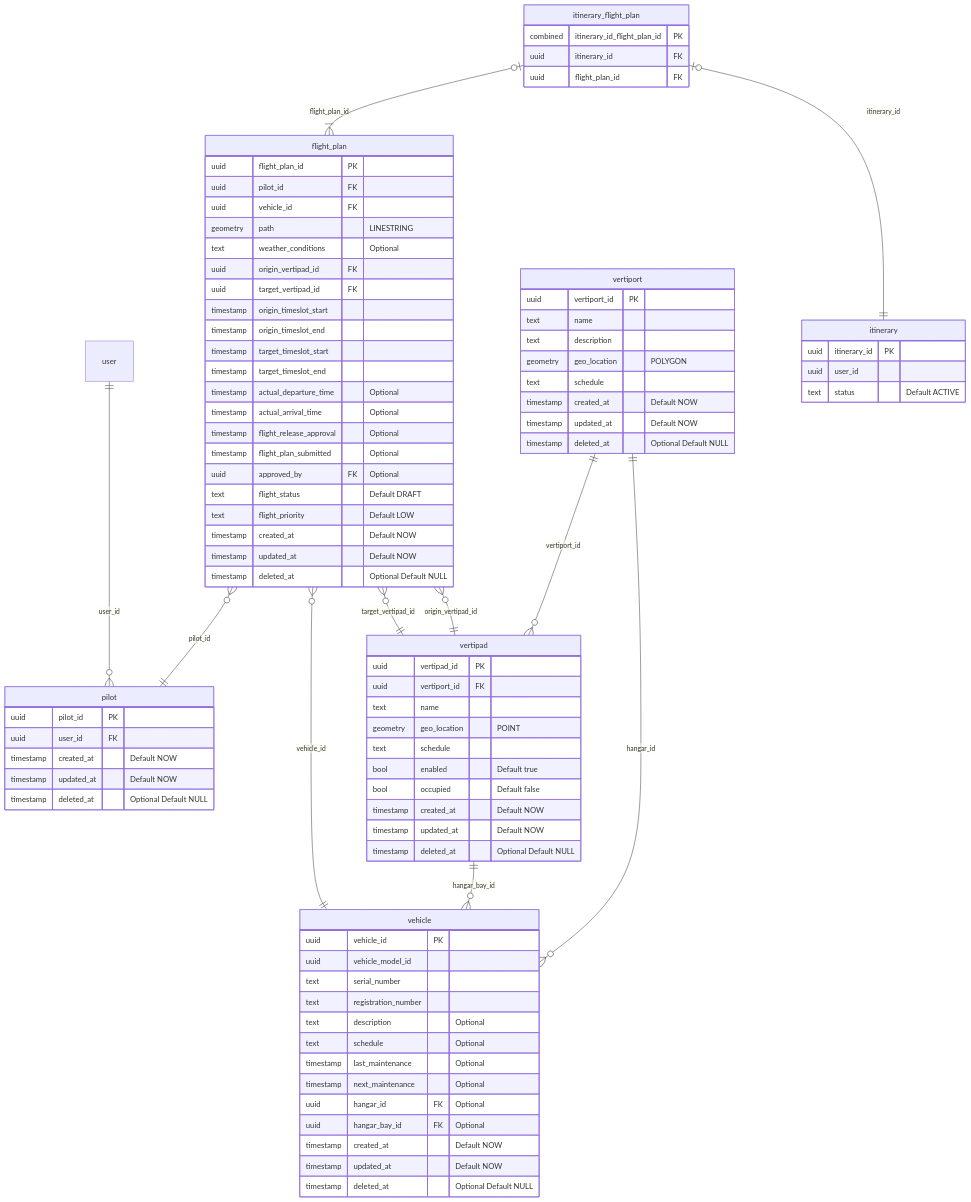
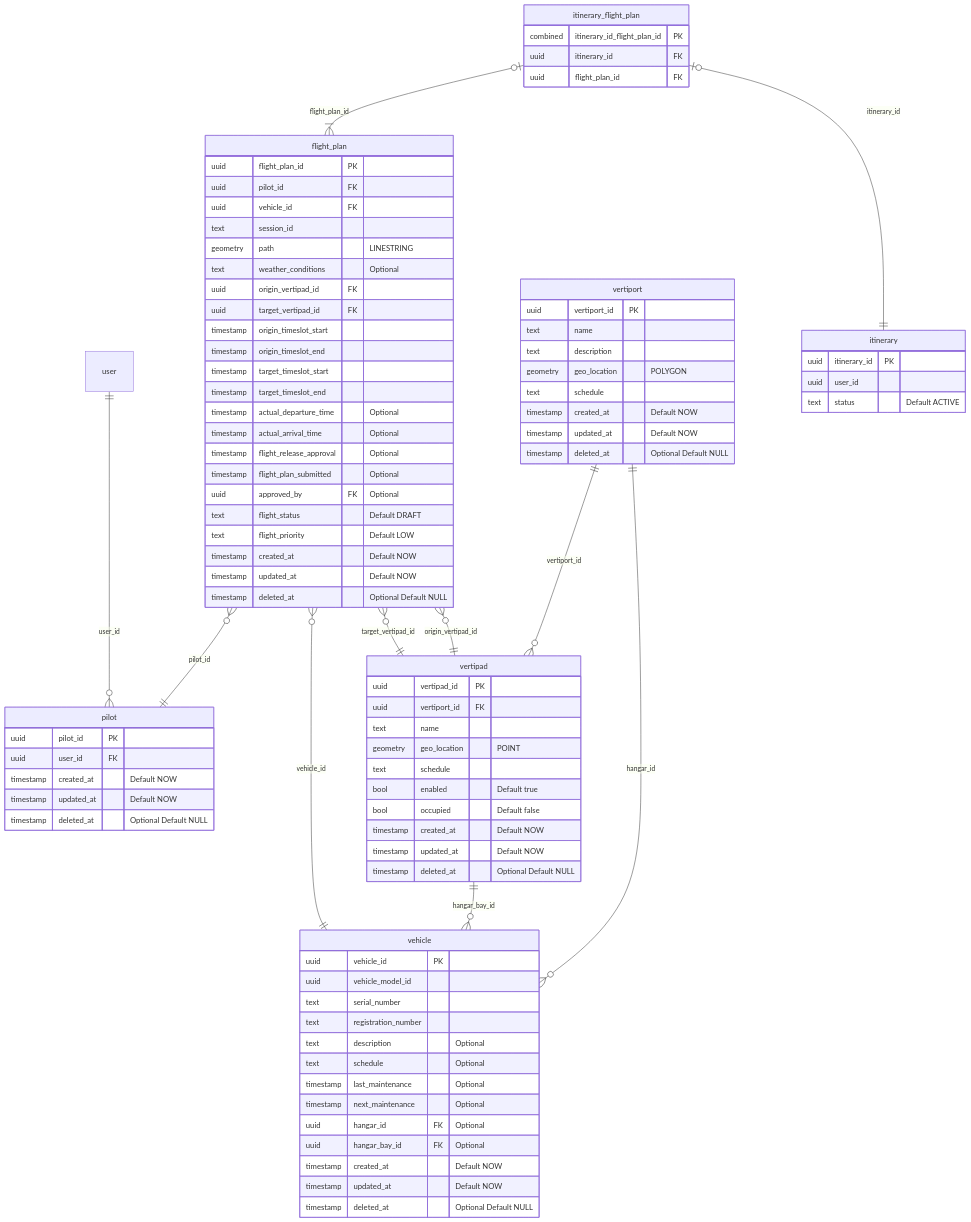
One commit to aetheric-oss/svc-storage changed diagram 14 of 18 in docs/sdd.md. Above: the diagram before and after it, drawn with Mermaid. The commit also changed 1 other file, not shown here.

Commit message:
fix: reviewer comments

```diff
--- a/docs/sdd.md
+++ b/docs/sdd.md
@@ -700,6 +700,7 @@
         uuid flight_plan_id PK
         uuid pilot_id FK
         uuid vehicle_id FK
+        text session_id
         geometry path "LINESTRING"
         text weather_conditions "Optional"
         uuid origin_vertipad_id FK
```
